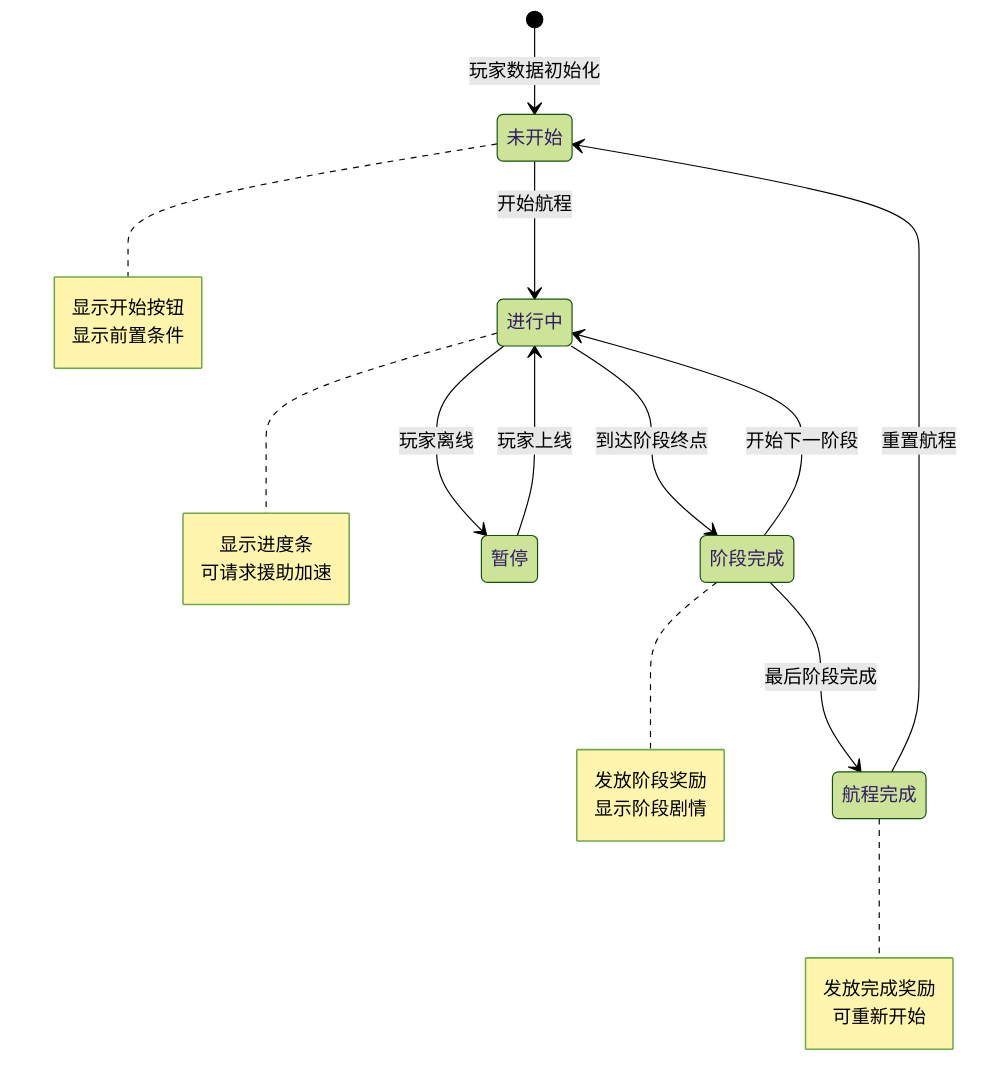
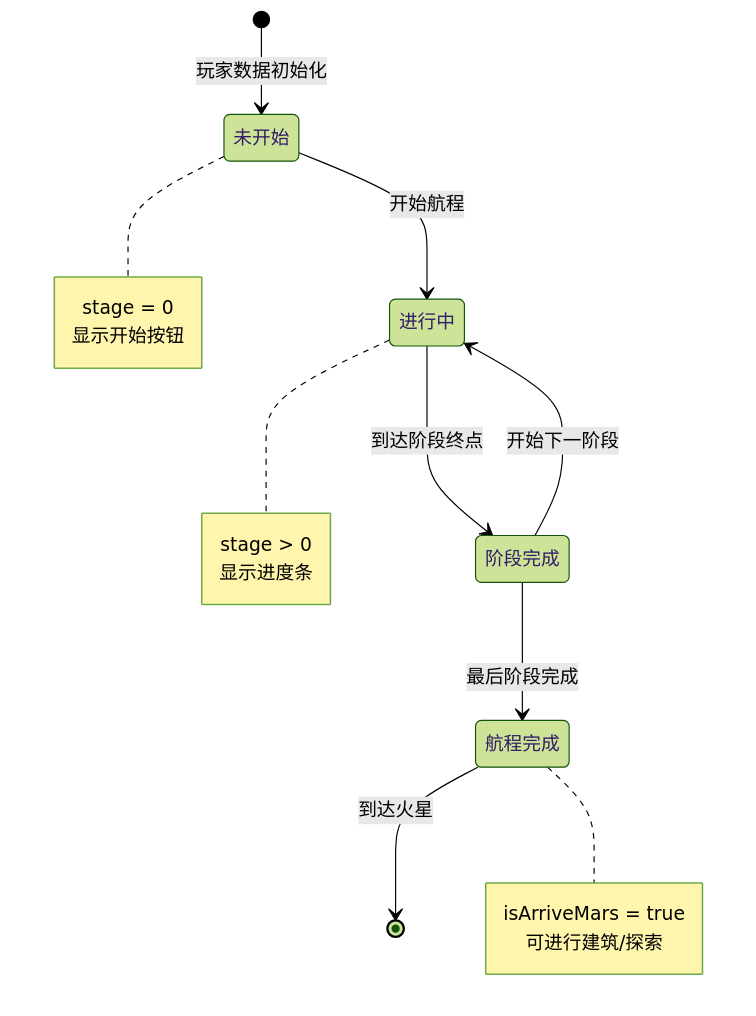
One commit to Alan-Ben/k2c_game_framework changed the first of 3 diagrams in docs/Module_Mars/06_实现细节.md. Above: the diagram before and after it, drawn with Mermaid (forest theme). The commit also changed other lines of this file and 15 other files, not shown here.

````diff
--- a/docs/Module_Mars/06_实现细节.md
+++ b/docs/Module_Mars/06_实现细节.md
@@ -91,31 +143,24 @@
 ```mermaid
 stateDiagram-v2
     [*] --> 未开始: 玩家数据初始化
     未开始 --> 进行中: 开始航程
     进行中 --> 阶段完成: 到达阶段终点
     阶段完成 --> 进行中: 开始下一阶段
     阶段完成 --> 航程完成: 最后阶段完成
-    航程完成 --> 未开始: 重置航程
-    进行中 --> 暂停: 玩家离线
-    暂停 --> 进行中: 玩家上线
+    航程完成 --> [*]: 到达火星
 
     note right of 未开始
+        stage = 0
         显示开始按钮
-        显示前置条件
     end note
 
     note right of 进行中
+        stage > 0
         显示进度条
-        可请求援助加速
-    end note
-
-    note right of 阶段完成
-        发放阶段奖励
-        显示阶段剧情
     end note
 
     note right of 航程完成
-        发放完成奖励
-        可重新开始
+        isArriveMars = true
+        可进行建筑/探索
     end note
 ```
````
